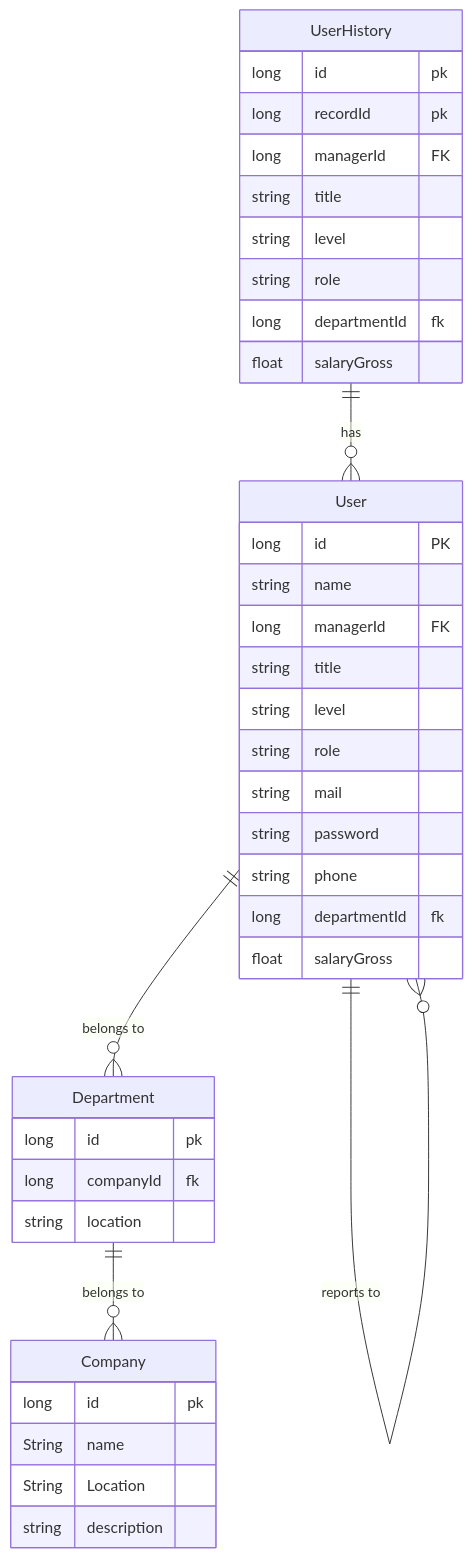
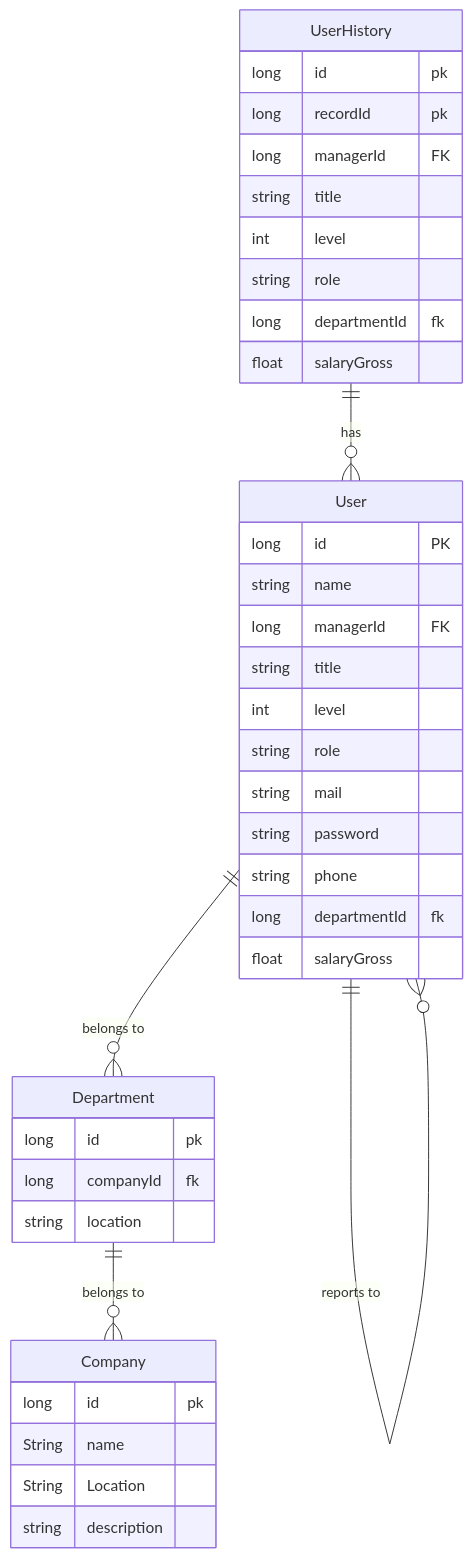
Before and after one commit to wrak-fra5-belbasalla7mar/.github: the second of 7 diagrams in README.md, drawn with Mermaid. The commit also changed other lines of this file, not shown here.

````diff
--- a/README.md
+++ b/README.md
@@ -33,42 +93,42 @@
 ```mermaid
 erDiagram
 User {
         long id PK
         string name
         long managerId FK
         string title
-        string level
+        int level
         string role
         string mail
         string password
         string phone
         long departmentId fk
         float salaryGross
     }
     Company{
         long id  pk
         String name  
         String Location
         string description
         }
     Department{
           long id pk
           long companyId fk
           string location
     }
     UserHistory{
         long id pk
         long recordId pk
        long managerId FK
         string title
-        string level
+        int level
         string role
         long departmentId fk
         float salaryGross
 }
 User ||--o{ Department : "belongs to"
 Department ||--o{ Company : "belongs to"
 User ||--o{ User : "reports to"
 UserHistory ||--o{ User : "has"
 
 ```
````
